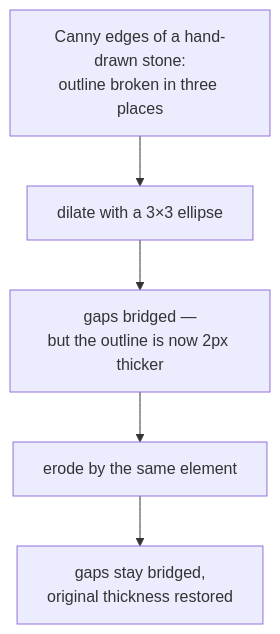
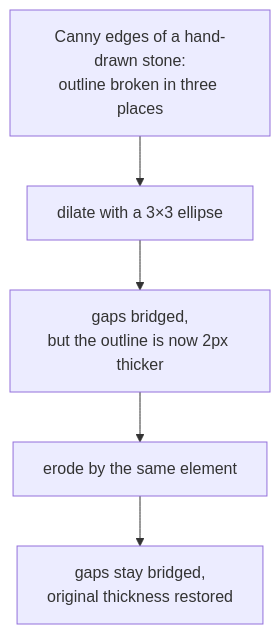
Before and after one commit to jennarbates/StratigraphyGenerator: the diagram in docs/cs/dilation.md, drawn with Mermaid. The commit also changed other lines of this file and 309 other files, not shown here.

````diff
--- a/docs/cs/dilation.md
+++ b/docs/cs/dilation.md
@@ -49,8 +49,8 @@
 ```mermaid
 flowchart TB
   In["Canny edges of a hand-drawn stone:<br/>outline broken in three places"]
   In --> D["dilate with a 3×3 ellipse"]
-  D --> Closed["gaps bridged —<br/>but the outline is now 2px thicker"]
+  D --> Closed["gaps bridged,<br/>but the outline is now 2px thicker"]
   Closed --> E["erode by the same element"]
   E --> Out["gaps stay bridged,<br/>original thickness restored"]
 ```
````
